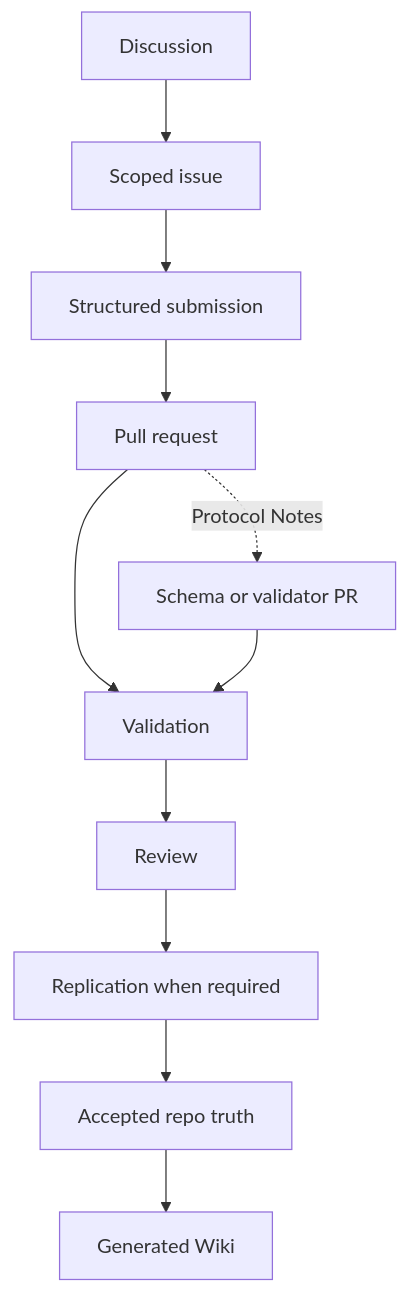
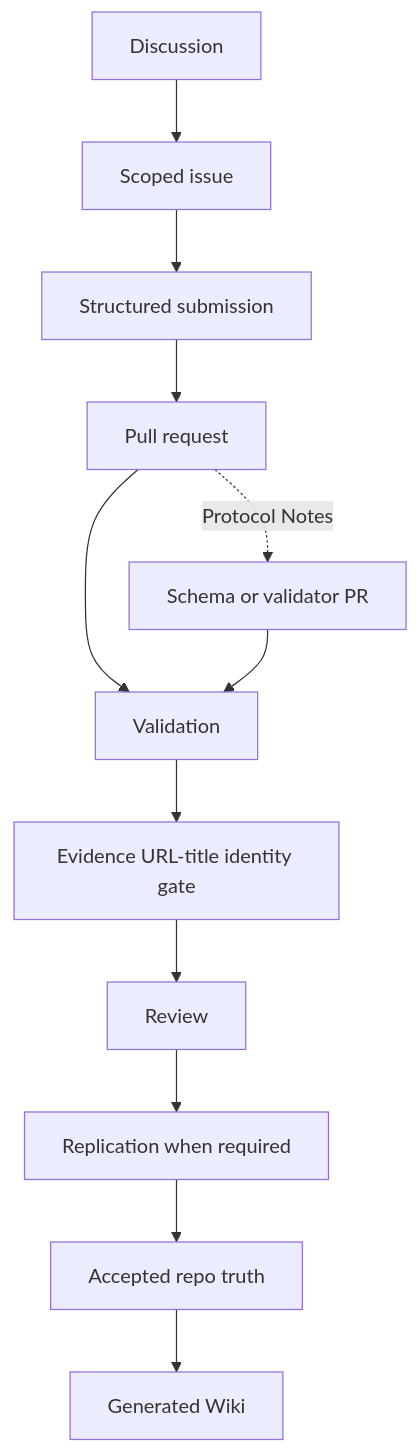
One commit to streamentry/open-problem-lab changed the first of 3 diagrams in AGENTS.md. Above: the diagram before and after it, drawn with Mermaid. The commit also changed other lines of this file and 42 other files, not shown here.

````diff
--- a/AGENTS.md
+++ b/AGENTS.md
@@ -146,13 +146,14 @@
 ```mermaid
 flowchart TD
   A["Discussion"] --> B["Scoped issue"]
   B --> C["Structured submission"]
   C --> D["Pull request"]
   D --> E["Validation"]
-  E --> F["Review"]
+  E --> E2["Evidence URL-title identity gate"]
+  E2 --> F["Review"]
   F --> G["Replication when required"]
   G --> H["Accepted repo truth"]
   H --> I["Generated Wiki"]
   D -. "Protocol Notes" .-> J["Schema or validator PR"]
   J --> E
 ```
````
